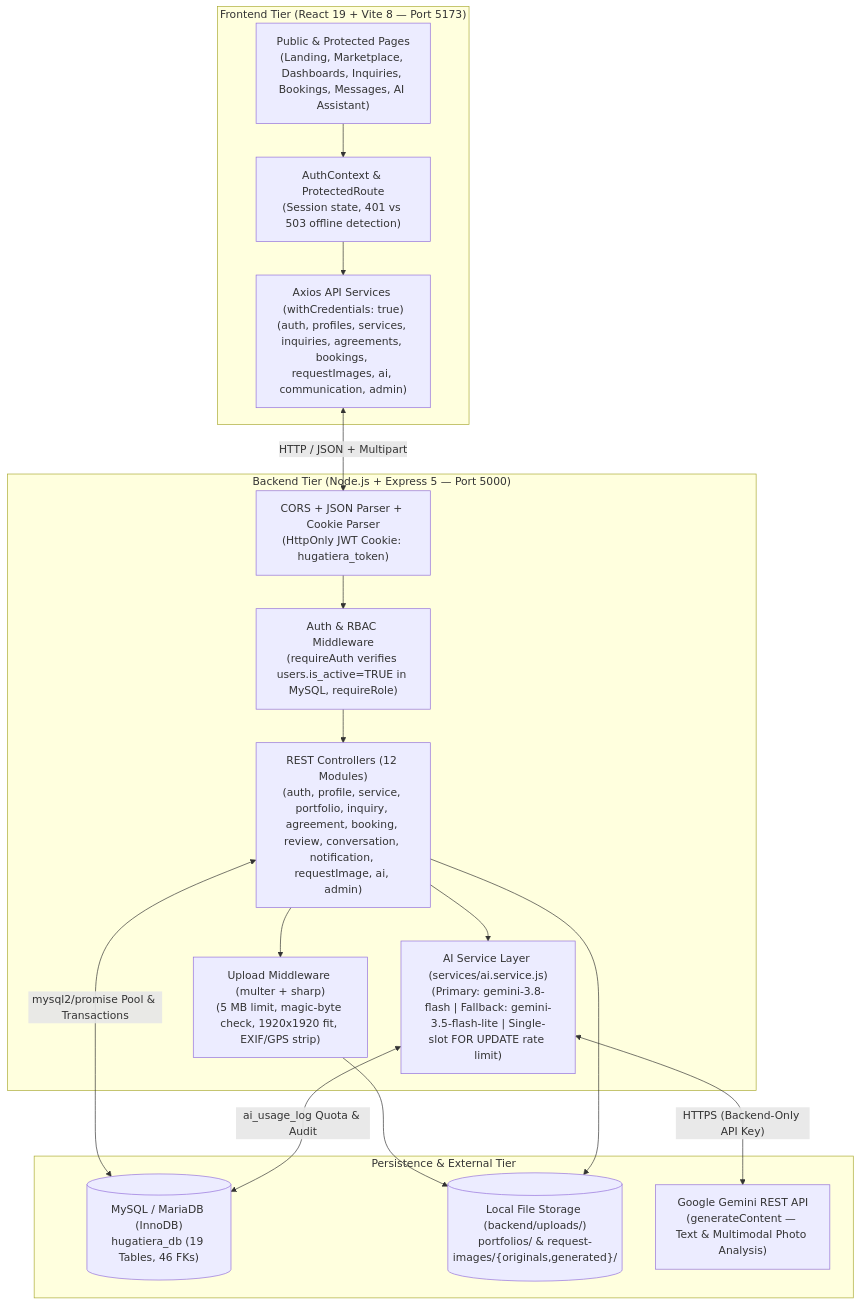
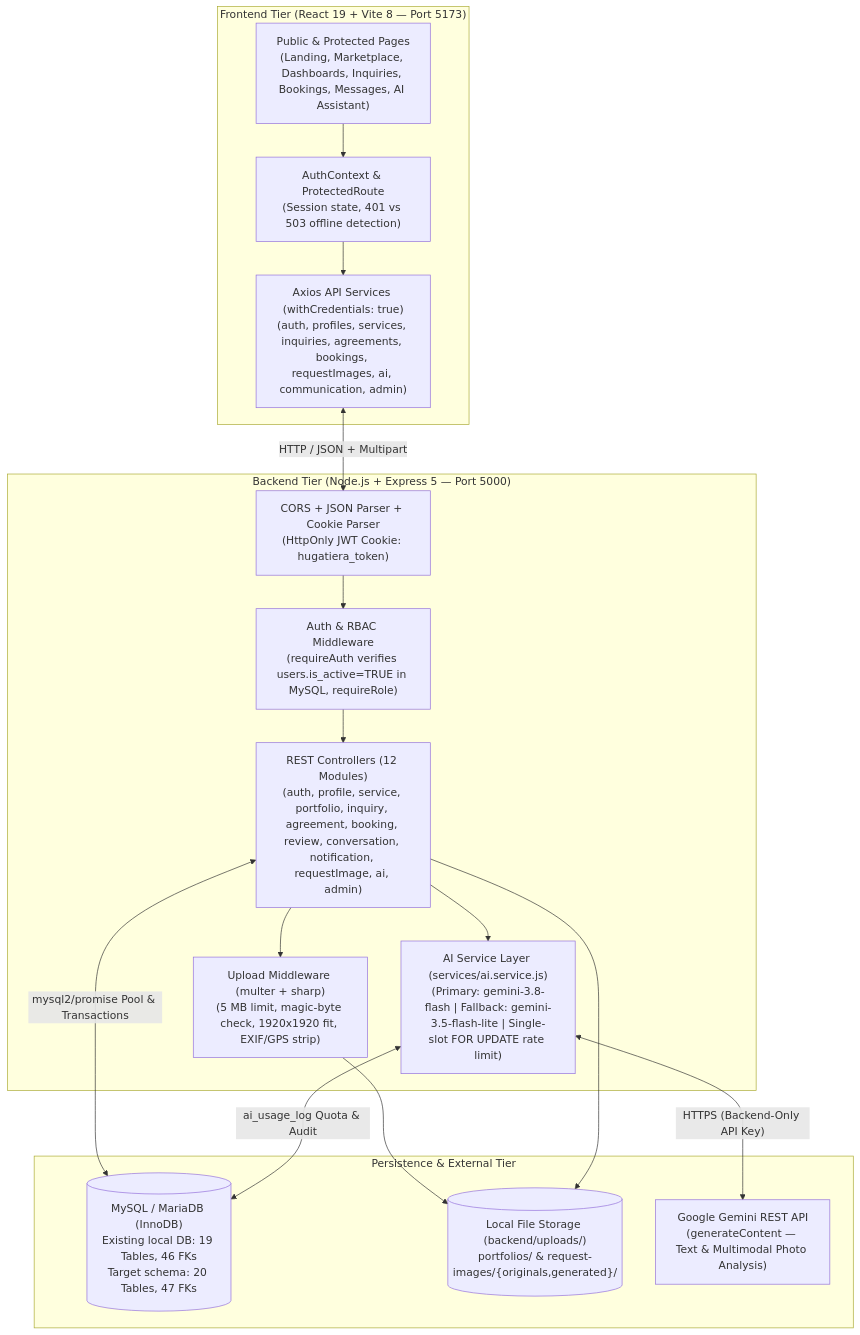
The first of 2 diagrams in docs/architecture-and-workflows.md (JohanBuenaventura/HugaTiera), drawn with Mermaid before and after one commit. The commit also changed other lines of this file and 44 other files, not shown here.

````diff
--- a/docs/architecture-and-workflows.md
+++ b/docs/architecture-and-workflows.md
@@ -11,32 +11,32 @@
 ```mermaid
 flowchart TB
   subgraph ClientTier["Frontend Tier (React 19 + Vite 8 — Port 5173)"]
     UI["Public & Protected Pages<br/>(Landing, Marketplace, Dashboards, Inquiries, Bookings, Messages, AI Assistant)"]
     AuthCtx["AuthContext & ProtectedRoute<br/>(Session state, 401 vs 503 offline detection)"]
     AxiosClient["Axios API Services (withCredentials: true)<br/>(auth, profiles, services, inquiries, agreements, bookings, requestImages, ai, communication, admin)"]
     UI --> AuthCtx --> AxiosClient
   end
 
   subgraph ServerTier["Backend Tier (Node.js + Express 5 — Port 5000)"]
     CORS["CORS + JSON Parser + Cookie Parser<br/>(HttpOnly JWT Cookie: hugatiera_token)"]
     AuthMW["Auth & RBAC Middleware<br/>(requireAuth verifies users.is_active=TRUE in MySQL, requireRole)"]
     UploadMW["Upload Middleware (multer + sharp)<br/>(5 MB limit, magic-byte check, 1920x1920 fit, EXIF/GPS strip)"]
     Controllers["REST Controllers (12 Modules)<br/>(auth, profile, service, portfolio, inquiry, agreement, booking, review, conversation, notification, requestImage, ai, admin)"]
     AIService["AI Service Layer (services/ai.service.js)<br/>(Primary: gemini-3.8-flash | Fallback: gemini-3.5-flash-lite | Single-slot FOR UPDATE rate limit)"]
     AxiosClient <-->|"HTTP / JSON + Multipart"| CORS
     CORS --> AuthMW --> Controllers
     Controllers --> UploadMW
     Controllers --> AIService
   end
 
   subgraph DataTier["Persistence & External Tier"]
-    MySQL[("MySQL / MariaDB (InnoDB)<br/>hugatiera_db (19 Tables, 46 FKs)")]
+    MySQL[("MySQL / MariaDB (InnoDB)<br/>Existing local DB: 19 Tables, 46 FKs<br/>Target schema: 20 Tables, 47 FKs")]
     FileStore[("Local File Storage (backend/uploads/)<br/>portfolios/ & request-images/{originals,generated}/")]
     GeminiAPI["Google Gemini REST API<br/>(generateContent — Text & Multimodal Photo Analysis)"]
     Controllers <-->|"mysql2/promise Pool & Transactions"| MySQL
     UploadMW --> FileStore
     Controllers --> FileStore
     AIService <-->|"HTTPS (Backend-Only API Key)"| GeminiAPI
     AIService <-->|"ai_usage_log Quota & Audit"| MySQL
   end
 ```
````
